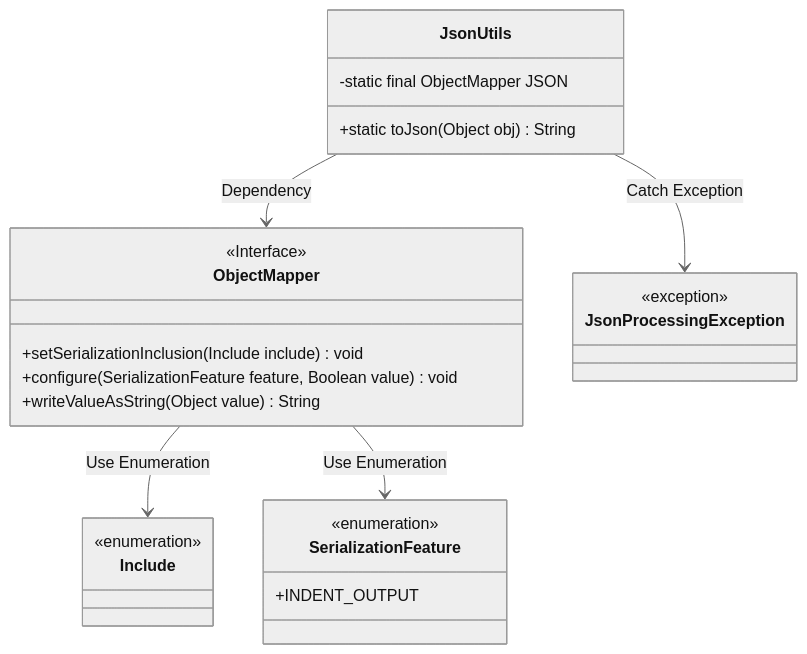
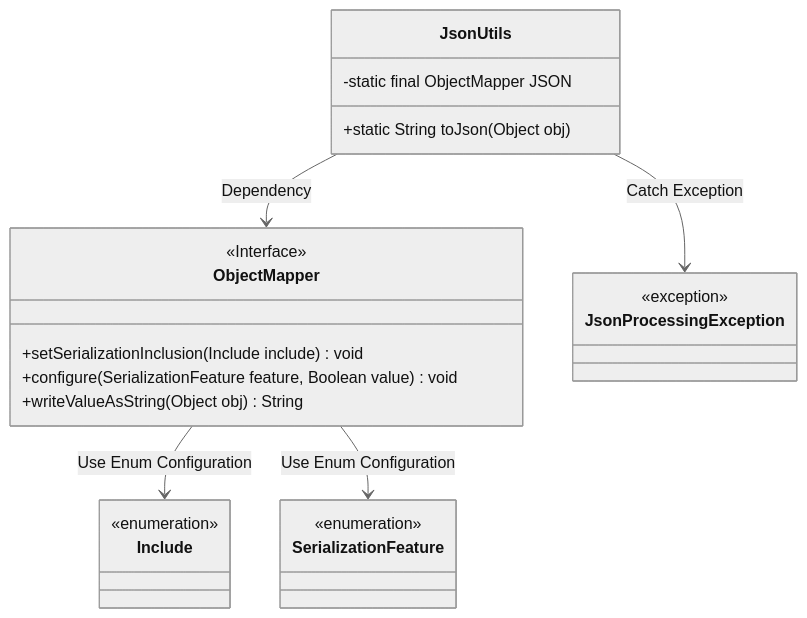
The first of 2 diagrams in docs/en/docs/src/main/java/com/github/binarywang/demo/wx/miniapp/utils/JsonUtils.md (v-wjrong/binary_weixin-java-miniapp-demo), drawn with Mermaid (neutral theme) before and after one commit. The commit also changed other lines of this file and 47 other files, not shown here.

````diff
--- a/docs/en/docs/src/main/java/com/github/binarywang/demo/wx/miniapp/utils/JsonUtils.md
+++ b/docs/en/docs/src/main/java/com/github/binarywang/demo/wx/miniapp/utils/JsonUtils.md
@@ -36,32 +36,31 @@
 ```mermaid
 classDiagram
     class JsonUtils {
         -static final ObjectMapper JSON
-        +static toJson(Object obj) String
+        +static String toJson(Object obj)
     }
 
     class ObjectMapper {
         <<Interface>>
         +setSerializationInclusion(Include include) void
         +configure(SerializationFeature feature, Boolean value) void
-        +writeValueAsString(Object value) String
+        +writeValueAsString(Object obj) String
     }
 
     class Include {
         <<enumeration>>
     }
 
     class SerializationFeature {
         <<enumeration>>
-        +INDENT_OUTPUT
     }
 
     class JsonProcessingException {
         <<exception>>
     }
 
     JsonUtils --> ObjectMapper : Dependency
     JsonUtils --> JsonProcessingException : Catch Exception
-    ObjectMapper --> Include : Use Enumeration
-    ObjectMapper --> SerializationFeature : Use Enumeration
+    ObjectMapper --> Include : Use Enum Configuration
+    ObjectMapper --> SerializationFeature : Use Enum Configuration
 ```
````
